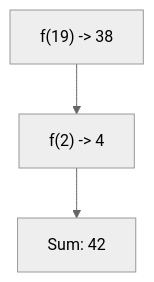
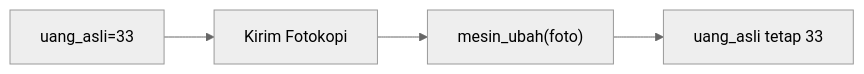
One commit to amnahwaida/OSNK_INF_PREP changed the tenth of 25 diagrams in part-c-pemahaman-cpp/04-fungsi/latihan/set-07.md. Above: the diagram before and after it, drawn with Mermaid (neutral theme). The commit also changed other lines of this file and 71 other files, not shown here.

````diff
--- a/part-c-pemahaman-cpp/04-fungsi/latihan/set-07.md
+++ b/part-c-pemahaman-cpp/04-fungsi/latihan/set-07.md
@@ -257,5 +273,6 @@
 ```mermaid
-graph TD
-A["f(19) -> 38"] --> B["f(2) -> 4"]
-B --> C["Sum: 42"]
+graph LR
+A["uang_asli=33"] --> B["Kirim Fotokopi"]
+B --> C["mesin_ubah(foto)"]
+C --> D["uang_asli tetap 33"]
 ```
````
